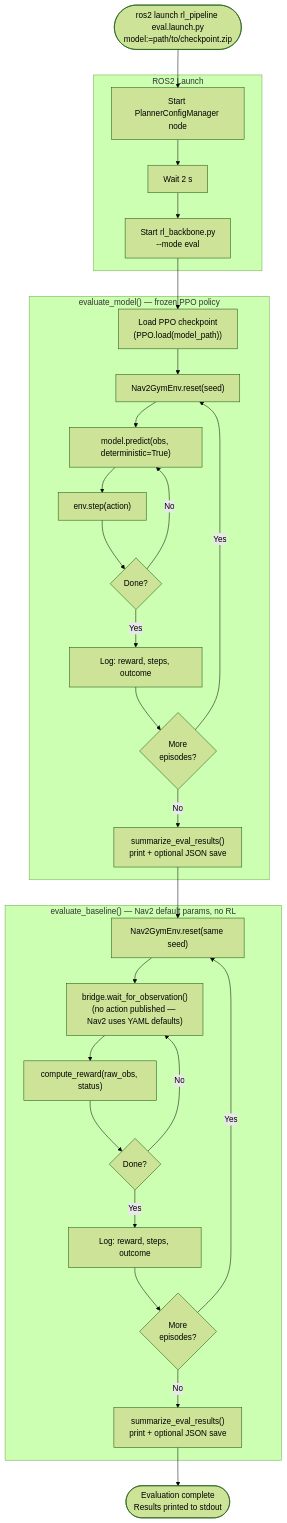
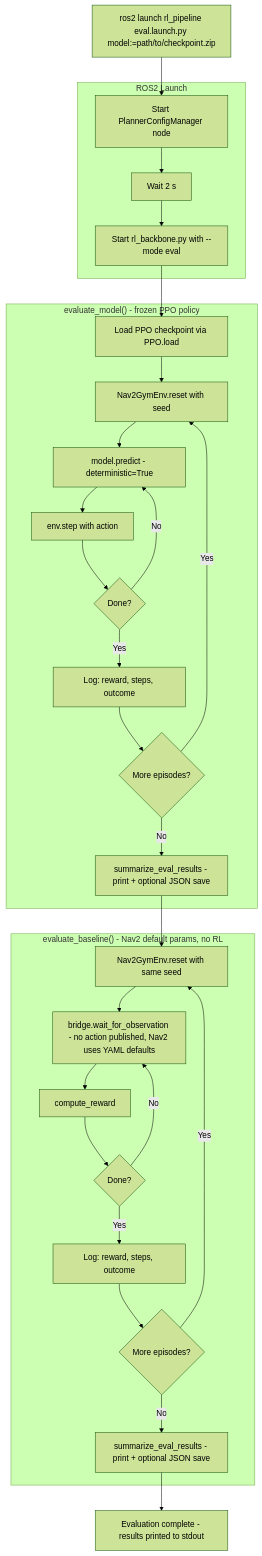
Before and after one commit to SushiRaj99/rbe-capstone: the fourth of 4 diagrams in doc/rl_pipeline_docs.md, drawn with Mermaid (forest theme). The commit also changed other lines of this file, not shown here.

````diff
--- a/doc/rl_pipeline_docs.md
+++ b/doc/rl_pipeline_docs.md
@@ -309,41 +302,41 @@
 ```mermaid
 flowchart TD
-    A([ros2 launch rl_pipeline eval.launch.py\nmodel:=path/to/checkpoint.zip]) --> B
+    A["ros2 launch rl_pipeline eval.launch.py model:=path/to/checkpoint.zip"] --> B
 
-    subgraph "ROS2 Launch"
-        B[Start PlannerConfigManager node] --> C
+    subgraph LAUNCH["ROS2 Launch"]
+        B["Start PlannerConfigManager node"] --> C
         C["Wait 2 s"] --> D
-        D["Start rl_backbone.py\n--mode eval"]
+        D["Start rl_backbone.py with --mode eval"]
     end
 
     D --> E
 
-    subgraph "evaluate_model()  — frozen PPO policy"
-        E["Load PPO checkpoint\n(PPO.load(model_path))"] --> F
-        F["Nav2GymEnv.reset(seed)"] --> G
-        G["model.predict(obs, deterministic=True)"] --> H
-        H["env.step(action)"] --> I
-        I{Done?}
-        I -->|No| G
-        I -->|Yes| J["Log: reward, steps, outcome"]
-        J --> K{More\nepisodes?}
-        K -->|Yes| F
-        K -->|No| L["summarize_eval_results()\nprint + optional JSON save"]
+    subgraph EVAL_MODEL["evaluate_model() - frozen PPO policy"]
+        E["Load PPO checkpoint via PPO.load"] --> F
+        F["Nav2GymEnv.reset with seed"] --> G
+        G["model.predict - deterministic=True"] --> H
+        H["env.step with action"] --> I
+        I{"Done?"}
+        I -->|"No"| G
+        I -->|"Yes"| J["Log: reward, steps, outcome"]
+        J --> K{"More episodes?"}
+        K -->|"Yes"| F
+        K -->|"No"| L["summarize_eval_results - print + optional JSON save"]
     end
 
     L --> M
 
-    subgraph "evaluate_baseline()  — Nav2 default params, no RL"
-        M["Nav2GymEnv.reset(same seed)"] --> N
-        N["bridge.wait_for_observation()\n(no action published — Nav2 uses YAML defaults)"] --> O
-        O["compute_reward(raw_obs, status)"] --> P
-        P{Done?}
-        P -->|No| N
-        P -->|Yes| Q["Log: reward, steps, outcome"]
-        Q --> R{More\nepisodes?}
-        R -->|Yes| M
-        R -->|No| S["summarize_eval_results()\nprint + optional JSON save"]
+    subgraph EVAL_BASE["evaluate_baseline() - Nav2 default params, no RL"]
+        M["Nav2GymEnv.reset with same seed"] --> N
+        N["bridge.wait_for_observation - no action published, Nav2 uses YAML defaults"] --> O
+        O["compute_reward"] --> P
+        P{"Done?"}
+        P -->|"No"| N
+        P -->|"Yes"| Q["Log: reward, steps, outcome"]
+        Q --> R{"More episodes?"}
+        R -->|"Yes"| M
+        R -->|"No"| S["summarize_eval_results - print + optional JSON save"]
     end
 
-    S --> T([Evaluation complete\nResults printed to stdout])
+    S --> T["Evaluation complete - results printed to stdout"]
 ```
````
